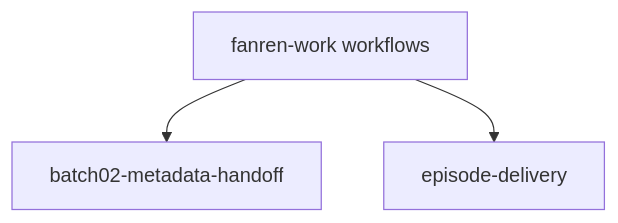
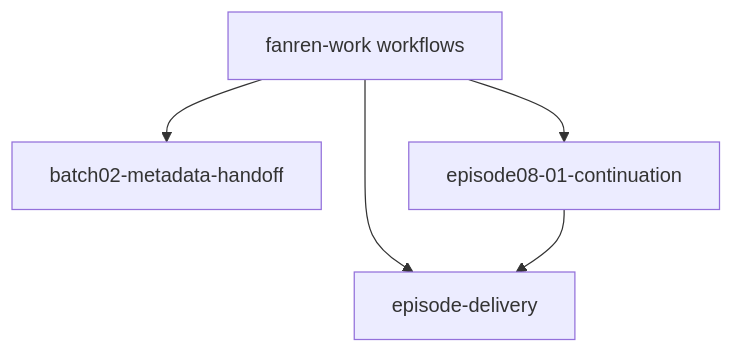
The first of 2 diagrams in workflows/README.md (CF-FE/fanren-work), drawn with Mermaid before and after one commit. The commit also changed other lines of this file and 9 other files, not shown here.

````diff
--- a/workflows/README.md
+++ b/workflows/README.md
@@ -8,8 +8,11 @@
 ```mermaid
 flowchart TD
     project["fanren-work workflows"]
     f0["batch02-metadata-handoff"]
     project --> f0
     f1["episode-delivery"]
     project --> f1
+    domain["episode08-01-continuation"]
+    project --> domain
+    domain --> f1
 ```
````
